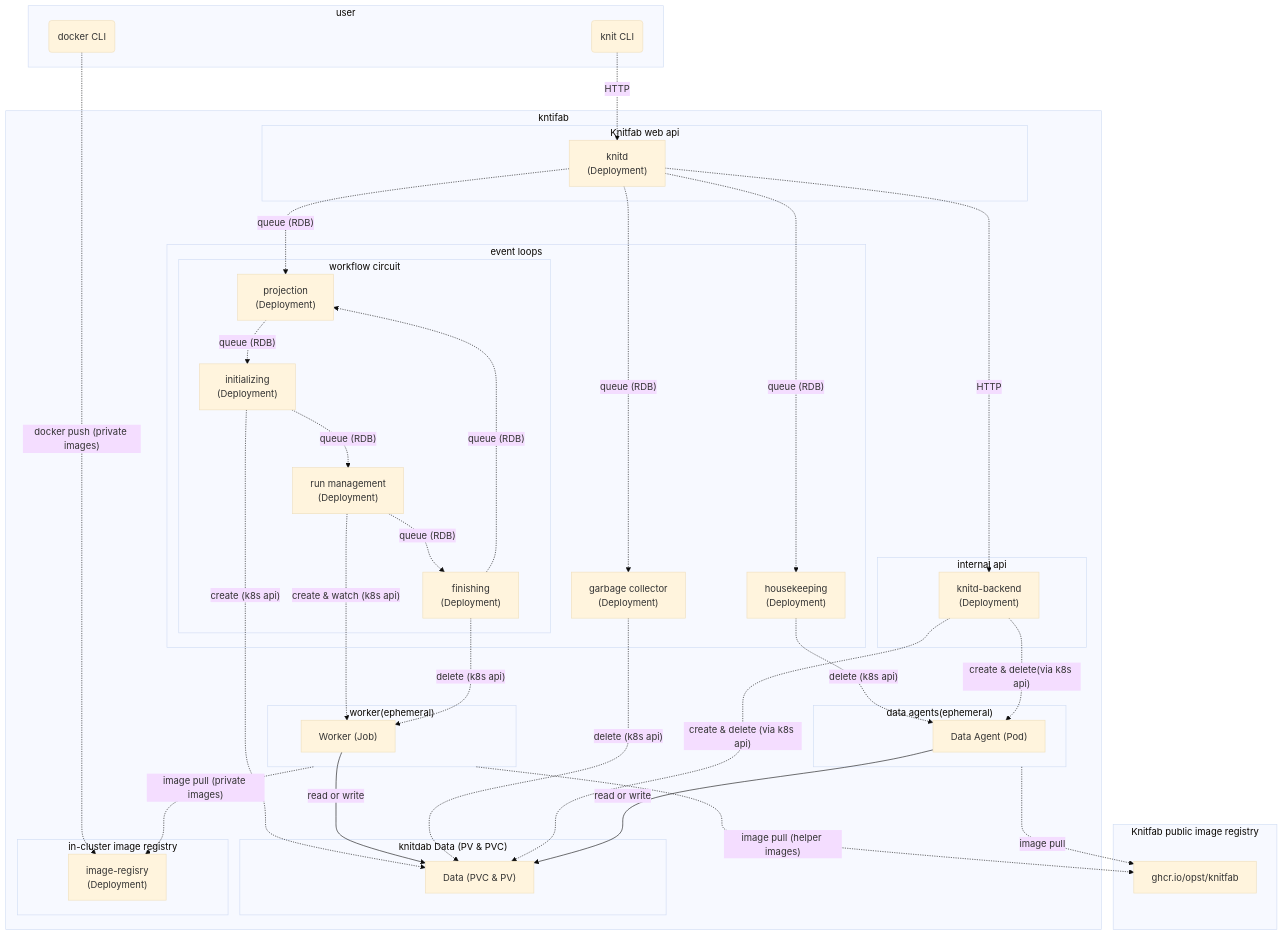
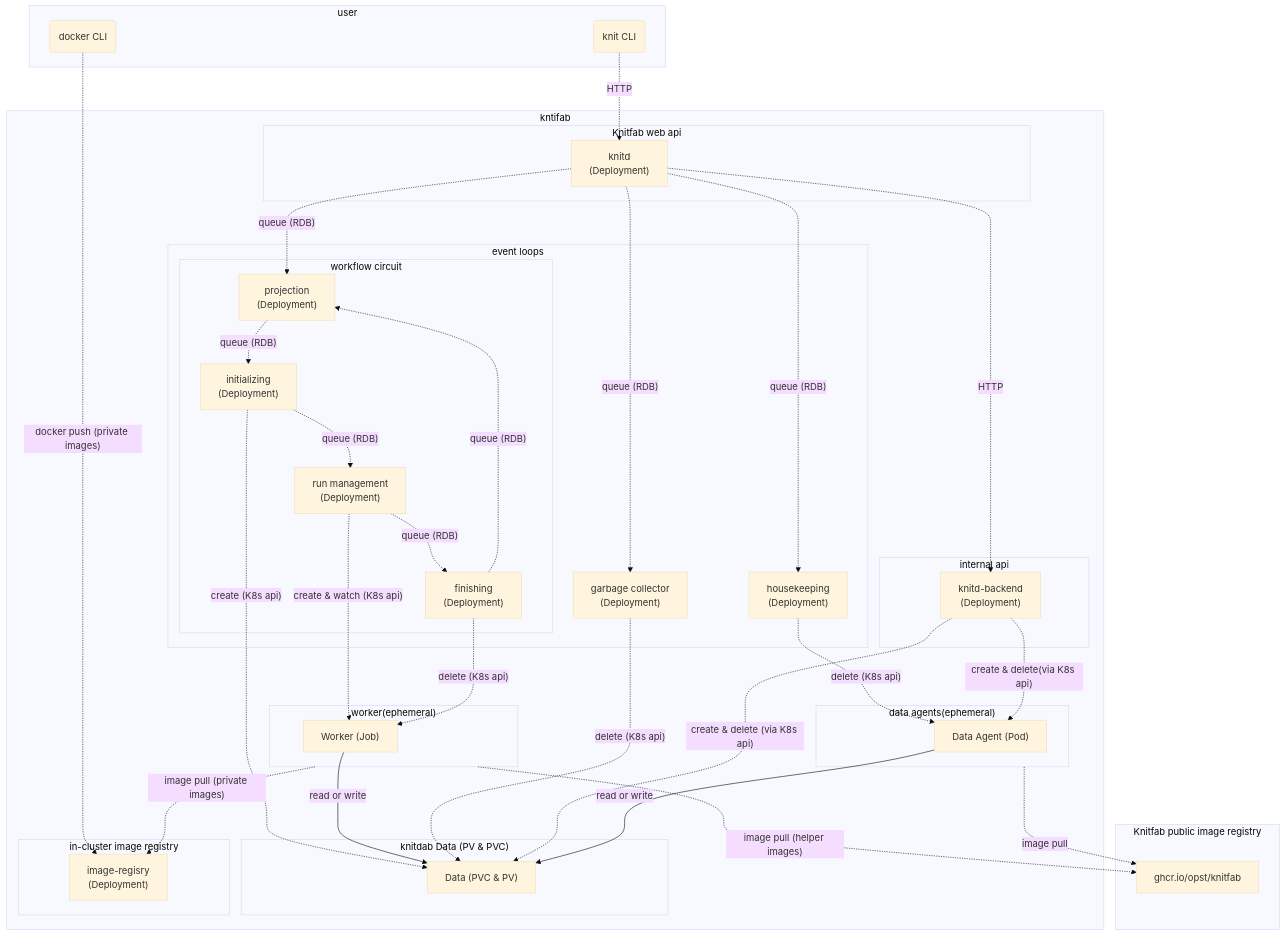
The diagram in docs/03.admin-guide/admin-guide.ja.md (opst/knitfab), drawn with Mermaid (base theme) before and after one commit. The commit also changed other lines of this file, not shown here.

````diff
--- a/docs/03.admin-guide/admin-guide.ja.md
+++ b/docs/03.admin-guide/admin-guide.ja.md
@@ -594,73 +634,73 @@
 ```mermaid
 graph TB
     subgraph "user"
         userreq("knit CLI")
         docker("docker CLI")
     end
     subgraph cluster["kntifab"]
         subgraph "Knitfab web api"
             FRH["knitd\n(Deployment)"]
         end
 
         subgraph das["data agents(ephemeral)"]
             da["Data Agent (Pod)"]
         end
 
         subgraph wks["worker(ephemeral)"]
             wk["Worker (Job)"]
         end
 
         subgraph "knitdab Data (PV & PVC)"
             data["Data (PVC & PV)"]
         end
 
         subgraph "internal api"
             BRH["knitd-backend\n(Deployment)"]
         end
 
 
         subgraph "event loops"
             subgraph circ["workflow circuit"]
                 lproj["projection\n(Deployment)"]
                 lrini["initializing\n(Deployment)"]
                 lrst["run management\n(Deployment)"]
                 lrfin["finishing\n(Deployment)"]
             end
             lgbc["garbage collector\n(Deployment)"]
             lrhk["housekeeping\n(Deployment)"]
         end
 
         userreq -.HTTP.-> FRH
         FRH-."queue (RDB)".->lproj
 
-        lrhk -."delete (k8s api)".->da
-        lrst -."create & watch (k8s api)".-> wk
-        lrfin -."delete (k8s api)".-> wk
+        lrhk -."delete (K8s api)".->da
+        lrst -."create & watch (K8s api)".-> wk
+        lrfin -."delete (K8s api)".-> wk
         lproj-."queue (RDB)".->lrini
         lrini-."queue (RDB)".->lrst
         lrst-."queue (RDB)".->lrfin
         lrfin-."queue (RDB)".->lproj
 
         FRH -.HTTP.->BRH
         FRH-."queue (RDB)".->lrhk
         FRH-."queue (RDB)".->lgbc
 
-        lrini -."create (k8s api)".->data
+        lrini -."create (K8s api)".->data
         wk--"read or write"--> data
-        lgbc -."delete (k8s api)".->data
-        BRH -."create & delete (via k8s api)".->data
+        lgbc -."delete (K8s api)".->data
+        BRH -."create & delete (via K8s api)".->data
         da --"read or write"--> data
 
         subgraph "in-cluster image registry"
             ireg["image-regisry\n(Deployment)"]
         end
     end
     subgraph "Knitfab public image registry"
         preg["ghcr.io/opst/knitfab"]
     end
     wks -."image pull (private images)".-> ireg
     docker -."docker push (private images)".->ireg
-    BRH -."create & delete(via k8s api)".->da
+    BRH -."create & delete(via K8s api)".->da
     wks -."image pull (helper images)".-> preg
     das -."image pull".-> preg
 ```
````
